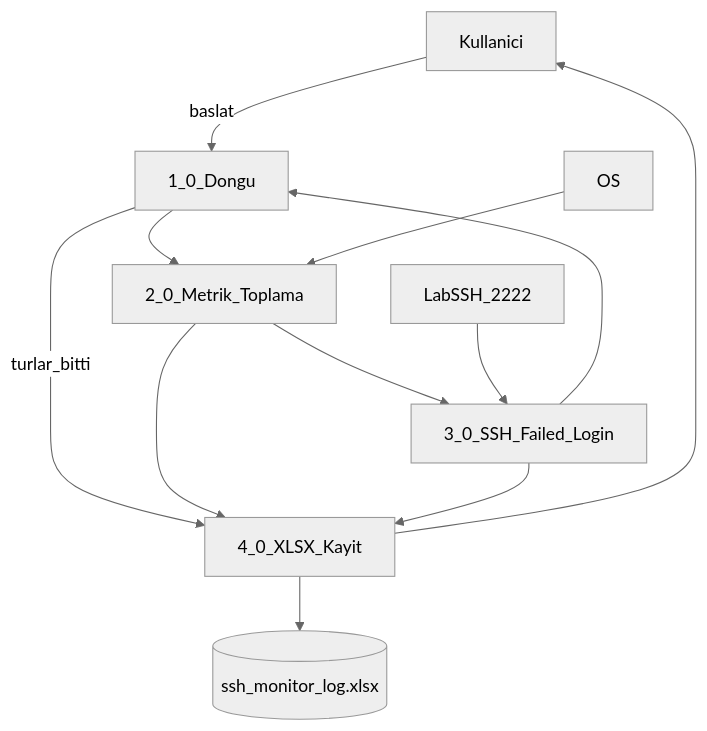
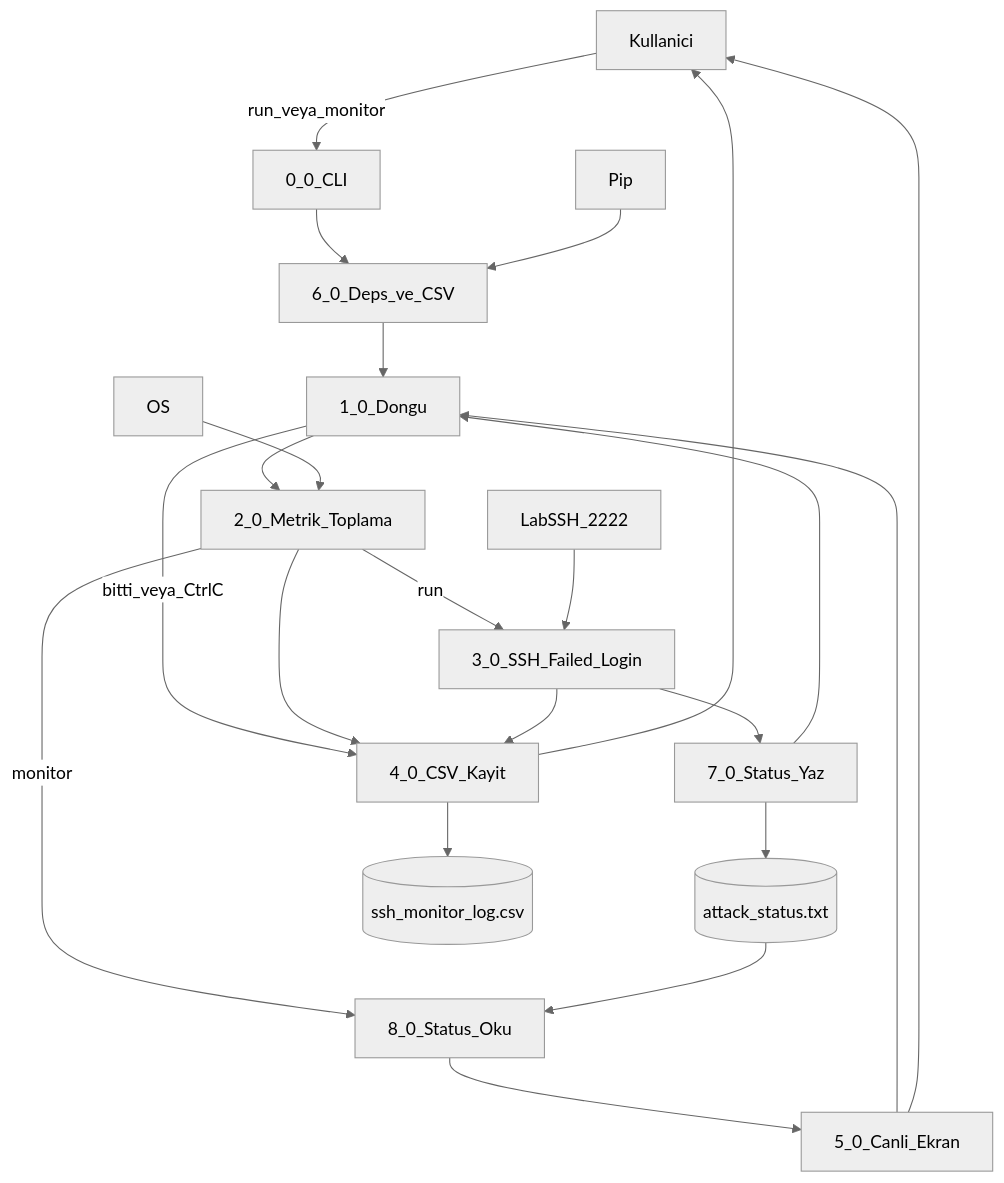
Before and after one commit to nahridebtukres/ostimteknikodev: the second of 2 diagrams in DFD.md, drawn with Mermaid (neutral theme). The commit also changed other lines of this file and 14 other files, not shown here.

````diff
--- a/DFD.md
+++ b/DFD.md
@@ -21,14 +27,24 @@
 ```mermaid
 flowchart TD
-    userActor[Kullanici] -->|baslat| p1[1_0_Dongu]
+    userActor[Kullanici] -->|run_veya_monitor| p0[0_0_CLI]
+    p0 --> p6[6_0_Deps_ve_CSV]
+    pipNet[Pip] --> p6
+    p6 --> p1[1_0_Dongu]
     p1 --> p2[2_0_Metrik_Toplama]
     osNet[OS] --> p2
-    p2 --> p3[3_0_SSH_Failed_Login]
+    p2 -->|run| p3[3_0_SSH_Failed_Login]
     sshSvc[LabSSH_2222] --> p3
-    p3 --> p1
-    p1 -->|turlar_bitti| p4[4_0_XLSX_Kayit]
+    p3 --> p7[7_0_Status_Yaz]
+    p7 --> statusStore[(attack_status.txt)]
+    p7 --> p1
+    p2 -->|monitor| p8[8_0_Status_Oku]
+    statusStore --> p8
+    p8 --> p5[5_0_Canli_Ekran]
+    p5 --> p1
+    p1 -->|bitti_veya_CtrlC| p4[4_0_CSV_Kayit]
     p2 --> p4
     p3 --> p4
-    p4 --> xlsxStore[(ssh_monitor_log.xlsx)]
+    p4 --> csvStore[(ssh_monitor_log.csv)]
     p4 --> userActor
+    p5 --> userActor
 ```
````
